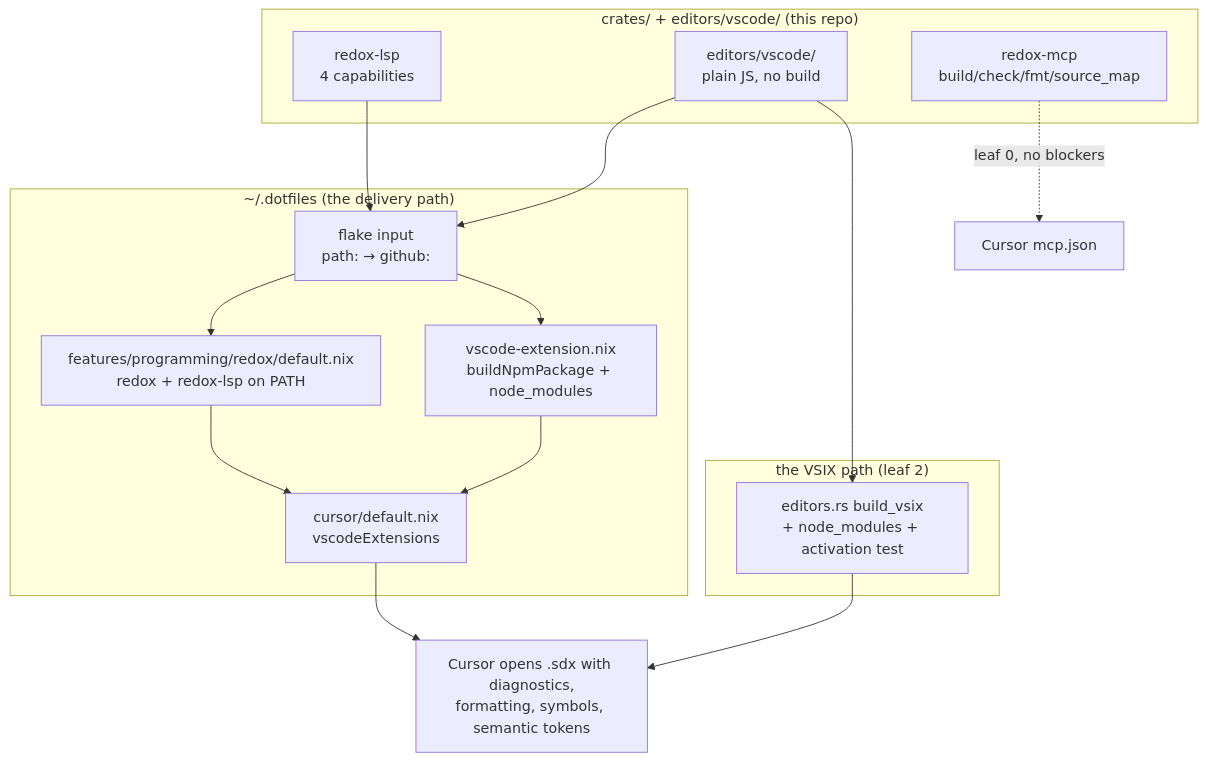
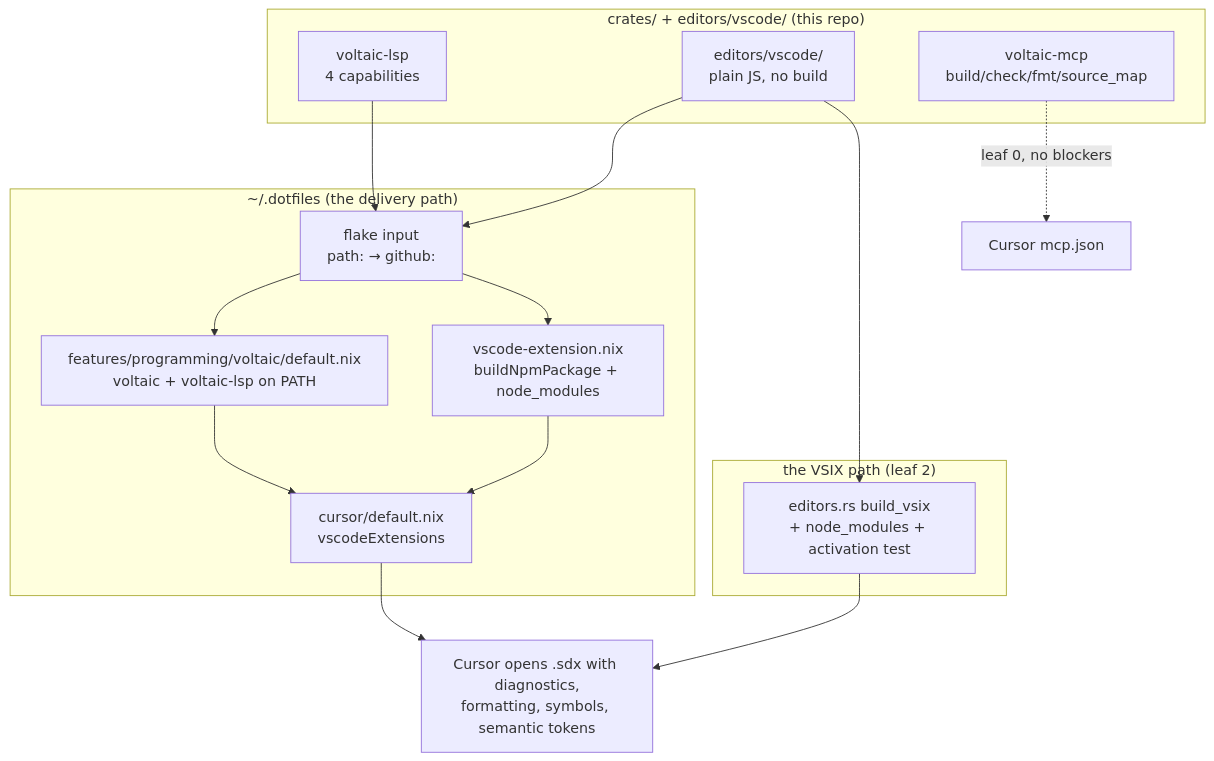
Before and after one commit to Industrial/redox: the diagram in docs/65 - 71 - Cursor Support.md, drawn with Mermaid. The commit also changed other lines of this file and 894 other files, not shown here.

````diff
--- a/docs/65 - 71 - Cursor Support.md
+++ b/docs/65 - 71 - Cursor Support.md
@@ -104,26 +104,26 @@
 ```mermaid
 flowchart TB
   subgraph src["crates/ + editors/vscode/ (this repo)"]
-    LSP["redox-lsp<br/>4 capabilities"]
+    LSP["voltaic-lsp<br/>4 capabilities"]
     EXT["editors/vscode/<br/>plain JS, no build"]
-    MCP["redox-mcp<br/>build/check/fmt/source_map"]
+    MCP["voltaic-mcp<br/>build/check/fmt/source_map"]
   end
 
   subgraph nix["~/.dotfiles (the delivery path)"]
     FLAKE["flake input<br/>path: → github:"]
-    PKG["features/programming/redox/default.nix<br/>redox + redox-lsp on PATH"]
+    PKG["features/programming/voltaic/default.nix<br/>voltaic + voltaic-lsp on PATH"]
     VEXT["vscode-extension.nix<br/>buildNpmPackage + node_modules"]
     CUR["cursor/default.nix<br/>vscodeExtensions"]
   end
 
   subgraph vsix["the VSIX path (leaf 2)"]
     ZIP["editors.rs build_vsix<br/>+ node_modules + activation test"]
   end
 
   LSP --> FLAKE --> PKG --> CUR
   EXT --> FLAKE --> VEXT --> CUR
   EXT --> ZIP
   MCP -.->|"leaf 0, no blockers"| CURMCP["Cursor mcp.json"]
   CUR --> OUT["Cursor opens .sdx with diagnostics,<br/>formatting, symbols, semantic tokens"]
   ZIP --> OUT
 ```
````
